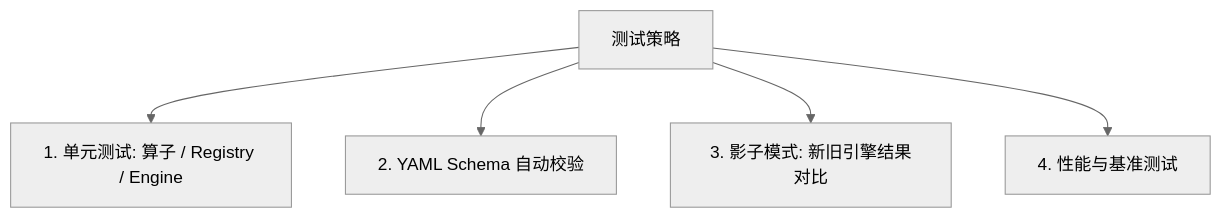
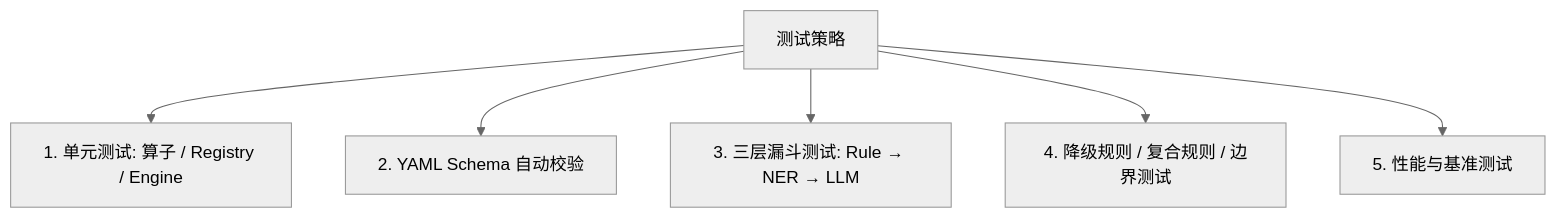
One commit to fengzhizi319/PrivShield changed the diagram in docs/dynclassification/testing.md. Above: the diagram before and after it, drawn with Mermaid (neutral theme). The commit also changed other lines of this file and 9 other files, not shown here.

````diff
--- a/docs/dynclassification/testing.md
+++ b/docs/dynclassification/testing.md
@@ -11,7 +11,8 @@
 ```mermaid
 graph TD
     A[测试策略] --> B[1. 单元测试: 算子 / Registry / Engine]
     A --> C[2. YAML Schema 自动校验]
-    A --> D[3. 影子模式: 新旧引擎结果对比]
-    A --> E[4. 性能与基准测试]
+    A --> D[3. 三层漏斗测试: Rule → NER → LLM]
+    A --> E[4. 降级规则 / 复合规则 / 边界测试]
+    A --> F[5. 性能与基准测试]
 ```
````
